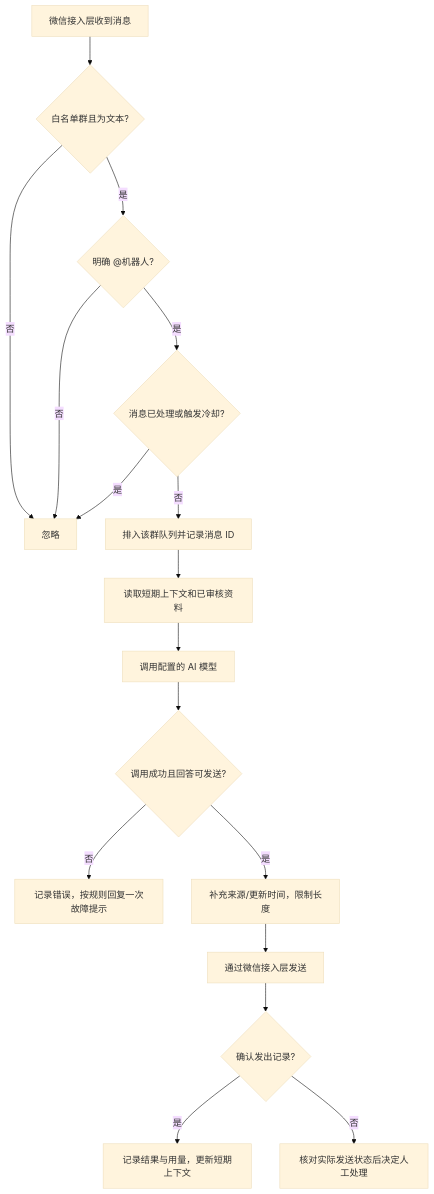
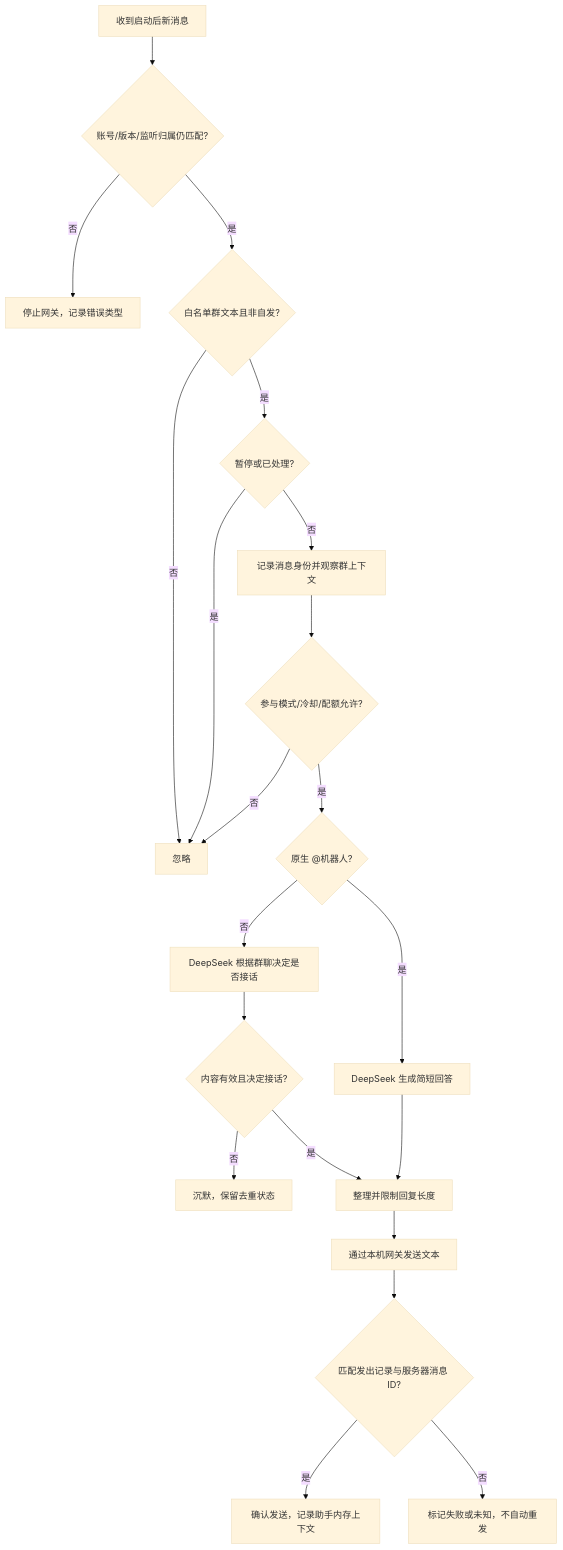
The diagram in workflow.md (YishV/ChatBridge), drawn with Mermaid (base theme) before and after one commit. The commit also changed other lines of this file and 39 other files, not shown here.

````diff
--- a/workflow.md
+++ b/workflow.md
@@ -8,19 +24,23 @@
 ```mermaid
 flowchart TD
-    A[微信接入层收到消息] --> B{白名单群且为文本?}
-    B -- 否 --> Z[忽略]
-    B -- 是 --> C{明确 @机器人?}
-    C -- 否 --> Z
-    C -- 是 --> D{消息已处理或触发冷却?}
+    A[收到启动后新消息] --> B{账号/版本/监听归属仍匹配?}
+    B -- 否 --> STOP[停止网关，记录错误类型]
+    B -- 是 --> C{白名单群文本且非自发?}
+    C -- 否 --> Z[忽略]
+    C -- 是 --> D{暂停或已处理?}
     D -- 是 --> Z
-    D -- 否 --> E[排入该群队列并记录消息 ID]
-    E --> F[读取短期上下文和已审核资料]
-    F --> G[调用配置的 AI 模型]
-    G --> H{调用成功且回答可发送?}
-    H -- 否 --> I[记录错误，按规则回复一次故障提示]
-    H -- 是 --> J[补充来源/更新时间，限制长度]
-    J --> K[通过微信接入层发送]
-    K --> L{确认发出记录?}
-    L -- 是 --> M[记录结果与用量，更新短期上下文]
-    L -- 否 --> N[核对实际发送状态后决定人工处理]
+    D -- 否 --> E[记录消息身份并观察群上下文]
+    E --> F{参与模式/冷却/配额允许?}
+    F -- 否 --> Z
+    F -- 是 --> G{原生 @机器人?}
+    G -- 是 --> H[DeepSeek 生成简短回答]
+    G -- 否 --> I[DeepSeek 根据群聊决定是否接话]
+    I --> J{内容有效且决定接话?}
+    J -- 否 --> SILENT[沉默，保留去重状态]
+    J -- 是 --> K[整理并限制回复长度]
+    H --> K
+    K --> L[通过本机网关发送文本]
+    L --> M{匹配发出记录与服务器消息 ID?}
+    M -- 是 --> N[确认发送，记录助手内存上下文]
+    M -- 否 --> O[标记失败或未知，不自动重发]
 ```
````
